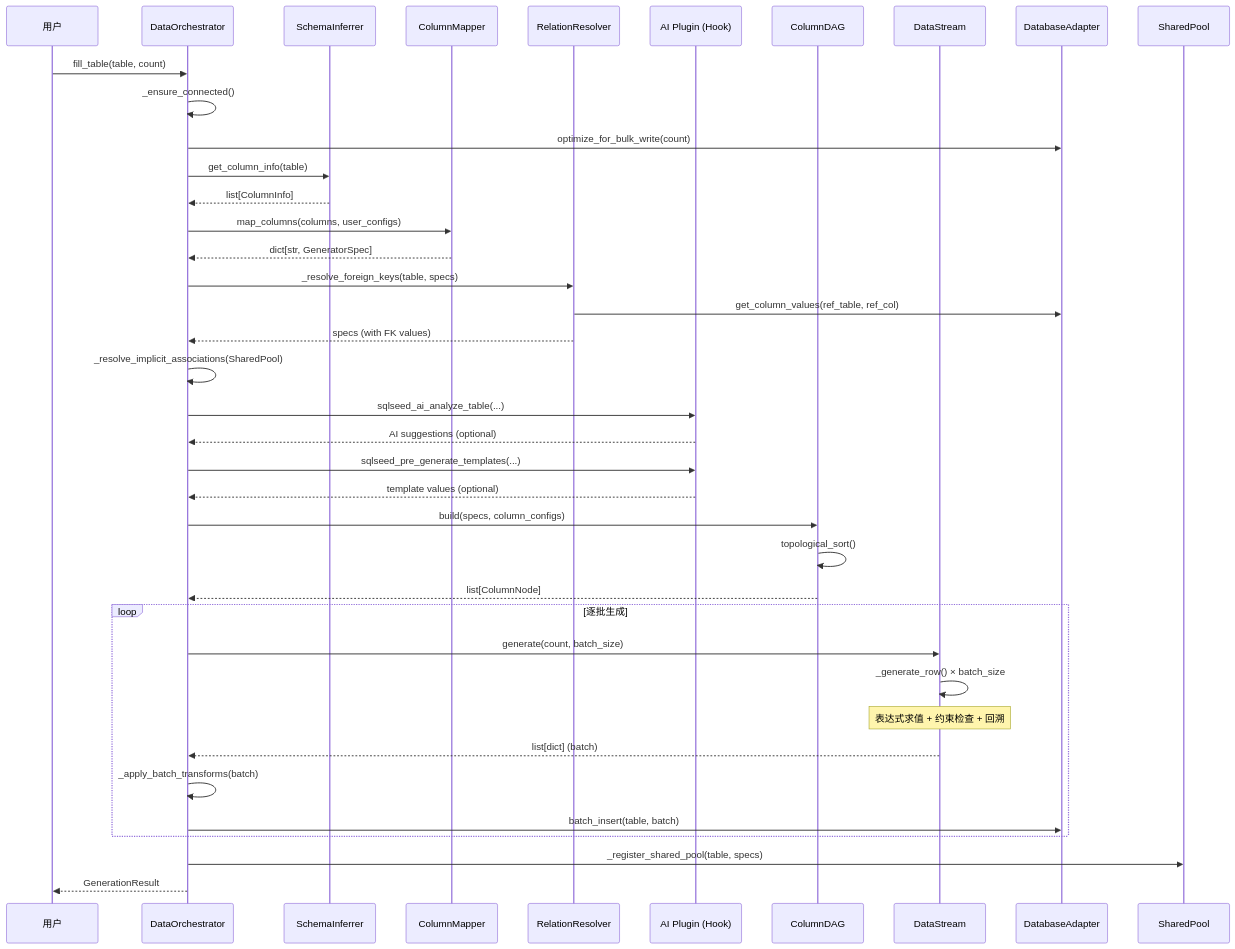
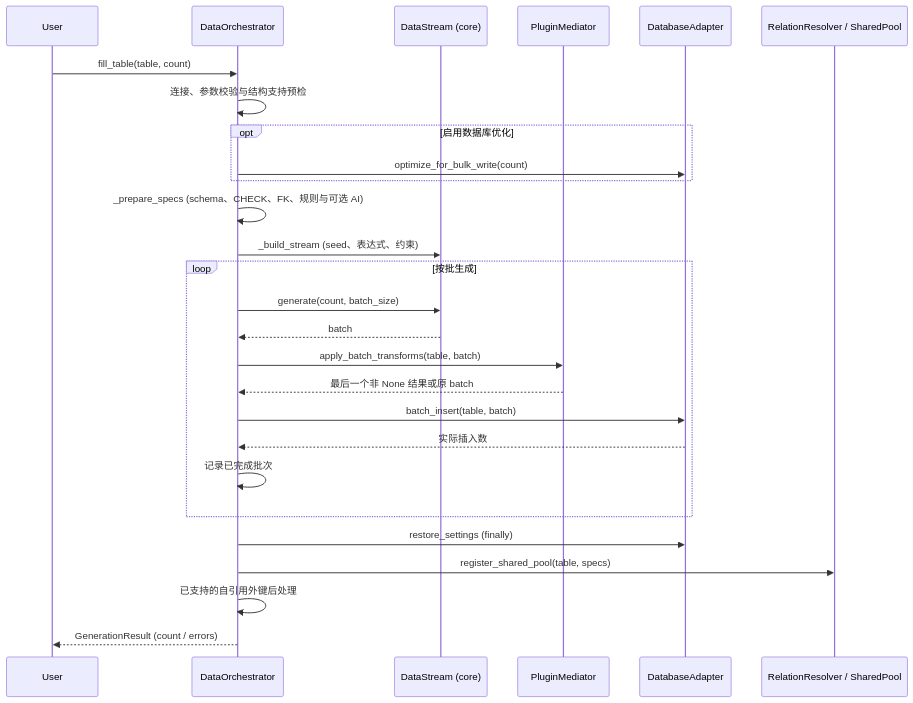
One commit to sunbos/sqlseed changed the second of 12 diagrams in docs/architecture.zh-CN.md. Above: the diagram before and after it, drawn with Mermaid. The commit also changed other lines of this file and 34 other files, not shown here.

````diff
--- a/docs/architecture.zh-CN.md
+++ b/docs/architecture.zh-CN.md
@@ -155,51 +164,30 @@
 ```mermaid
 sequenceDiagram
-    participant U as 用户
+    participant U as User
     participant O as DataOrchestrator
-    participant S as SchemaInferrer
-    participant M as ColumnMapper
-    participant R as RelationResolver
-    participant AI as AI Plugin (Hook)
-    participant D as ColumnDAG
-    participant ST as DataStream
+    participant ST as DataStream (core)
+    participant PM as PluginMediator
     participant DB as DatabaseAdapter
-    participant P as SharedPool
+    participant P as RelationResolver / SharedPool
 
     U->>O: fill_table(table, count)
-    O->>O: _ensure_connected()
-    O->>DB: optimize_for_bulk_write(count)
-    O->>S: get_column_info(table)
-    S-->>O: list[ColumnInfo]
-
-    O->>M: map_columns(columns, user_configs)
-    M-->>O: dict[str, GeneratorSpec]
-
-    O->>R: _resolve_foreign_keys(table, specs)
-    R->>DB: get_column_values(ref_table, ref_col)
-    R-->>O: specs (with FK values)
-
-    O->>O: _resolve_implicit_associations(SharedPool)
-
-    O->>AI: sqlseed_ai_analyze_table(...)
-    AI-->>O: AI suggestions (optional)
-
-    O->>AI: sqlseed_pre_generate_templates(...)
-    AI-->>O: template values (optional)
-
-    O->>D: build(specs, column_configs)
-    D->>D: topological_sort()
-    D-->>O: list[ColumnNode]
-
-    loop 逐批生成
+    O->>O: 连接、参数校验与结构支持预检
+    opt 启用数据库优化
+        O->>DB: optimize_for_bulk_write(count)
+    end
+    O->>O: _prepare_specs (schema、CHECK、FK、规则与可选 AI)
+    O->>ST: _build_stream (seed、表达式、约束)
+    loop 按批生成
         O->>ST: generate(count, batch_size)
-        ST->>ST: _generate_row() × batch_size
-        Note over ST: 表达式求值 + 约束检查 + 回溯
-        ST-->>O: list[dict] (batch)
-
-        O->>O: _apply_batch_transforms(batch)
+        ST-->>O: batch
+        O->>PM: apply_batch_transforms(table, batch)
+        PM-->>O: 最后一个非 None 结果或原 batch
         O->>DB: batch_insert(table, batch)
+        DB-->>O: 实际插入数
+        O->>O: 记录已完成批次
     end
-
-    O->>P: _register_shared_pool(table, specs)
-    O-->>U: GenerationResult
+    O->>DB: restore_settings (finally)
+    O->>P: register_shared_pool(table, specs)
+    O->>O: 已支持的自引用外键后处理
+    O-->>U: GenerationResult (count / errors)
 ```
````
